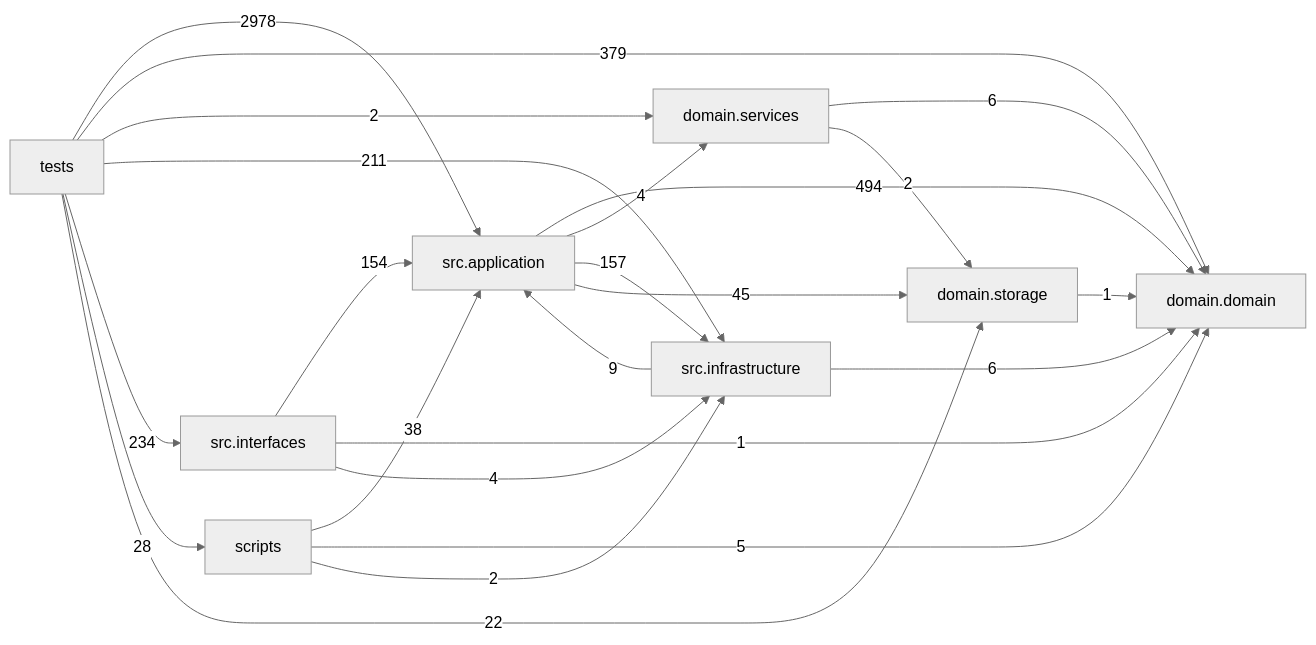
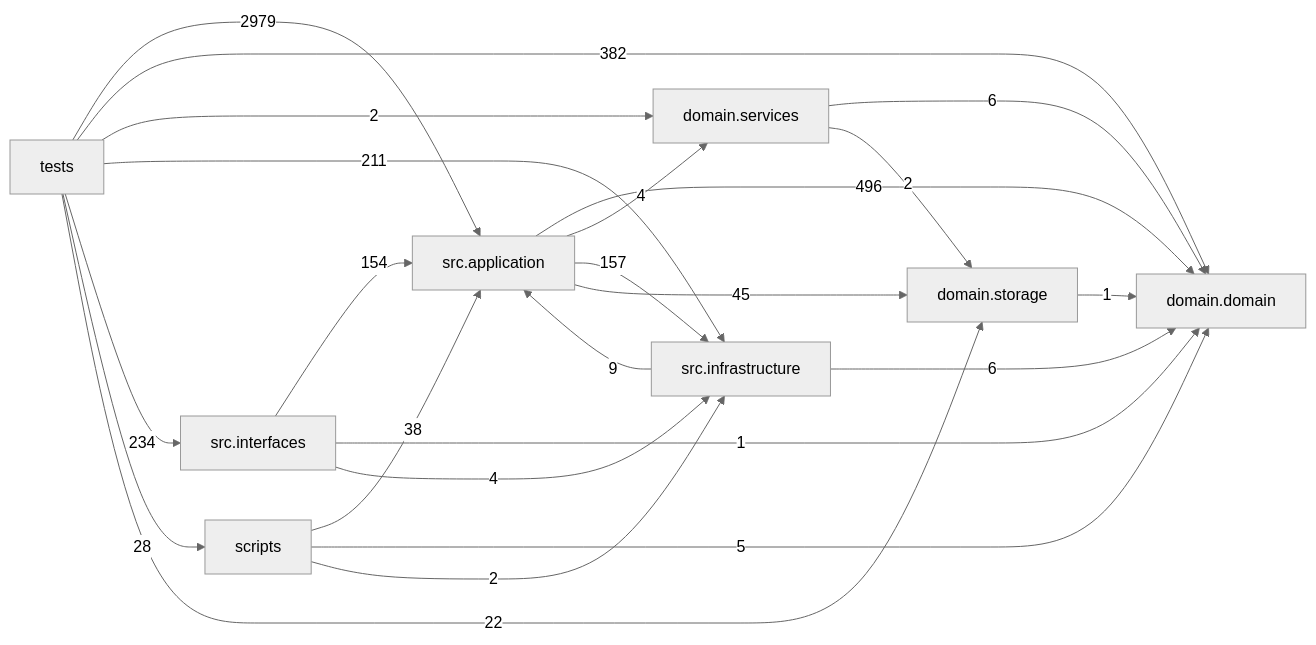
The diagram in docs/DEPENDENCY_GRAPH.md (liuxie066/options-monitor), drawn with Mermaid (neutral theme) before and after one commit. The commit also changed other lines of this file and 30 other files, not shown here.

````diff
--- a/docs/DEPENDENCY_GRAPH.md
+++ b/docs/DEPENDENCY_GRAPH.md
@@ -24,33 +24,33 @@
 ```mermaid
 flowchart LR
   tests["tests"]
   scripts["scripts"]
   interfaces["src.interfaces"]
   application["src.application"]
   infrastructure["src.infrastructure"]
   domain_services["domain.services"]
   domain["domain.domain"]
   storage["domain.storage"]
-  application -->|494| domain
+  application -->|496| domain
   application -->|4| domain_services
   application -->|157| infrastructure
   application -->|45| storage
   domain_services -->|6| domain
   domain_services -->|2| storage
   infrastructure -->|9| application
   infrastructure -->|6| domain
   interfaces -->|154| application
   interfaces -->|1| domain
   interfaces -->|4| infrastructure
   scripts -->|38| application
   scripts -->|5| domain
   scripts -->|2| infrastructure
   storage -->|1| domain
-  tests -->|2978| application
-  tests -->|379| domain
+  tests -->|2979| application
+  tests -->|382| domain
   tests -->|2| domain_services
   tests -->|211| infrastructure
   tests -->|234| interfaces
   tests -->|28| scripts
   tests -->|22| storage
 ```
````
